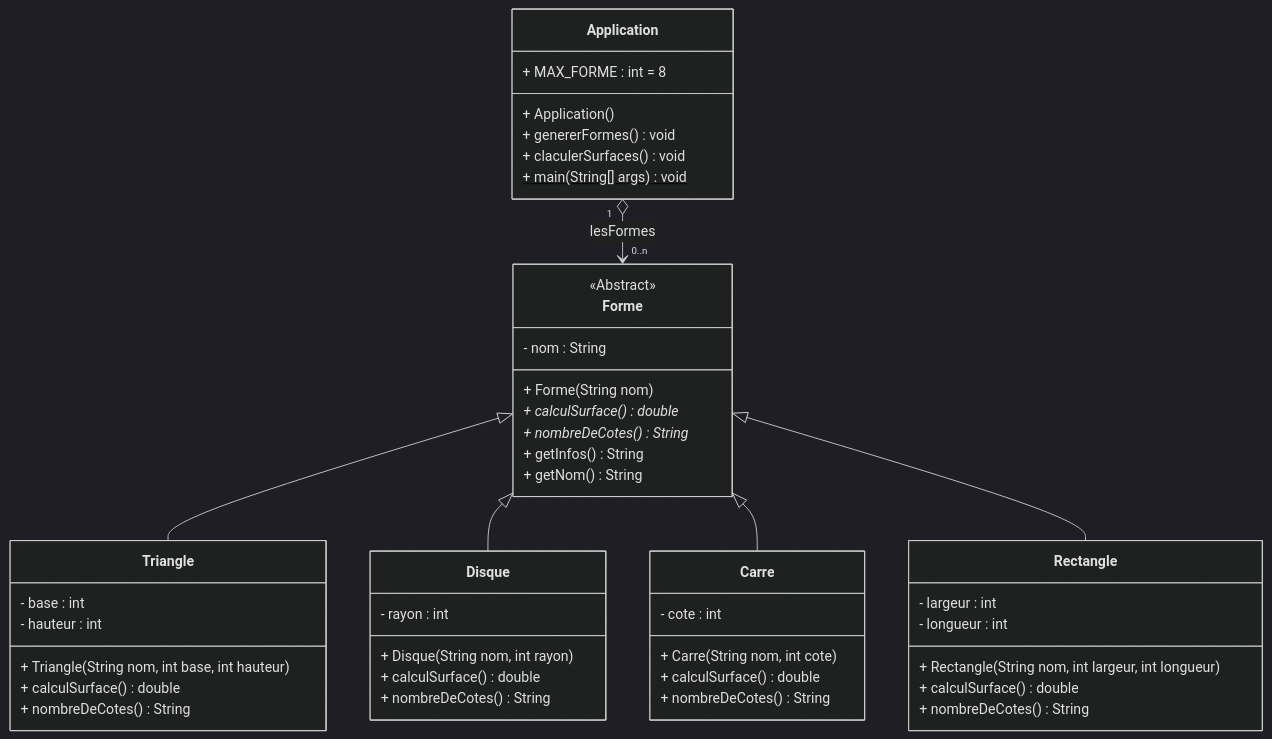
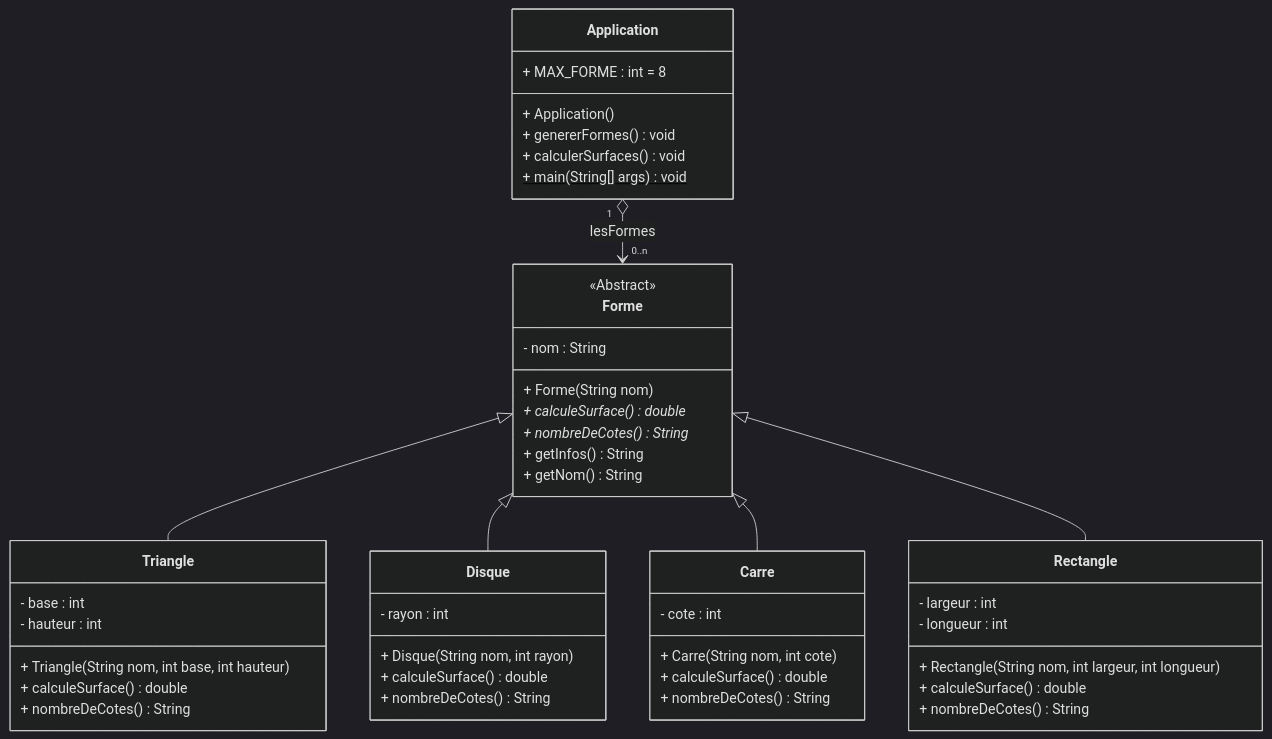
The second of 5 diagrams in README.md (emf-info-320/320_EX_05_FORMES_POO), drawn with Mermaid (dark theme) before and after one commit. The commit also changed other lines of this file, not shown here.

````diff
--- a/README.md
+++ b/README.md
@@ -165,53 +197,53 @@
 ```mermaid
 classDiagram
     Forme <|-- Triangle
     Forme <|-- Disque
     Forme <|-- Carre
     Forme <|-- Rectangle
     Application "1" o--> "0..n" Forme : lesFormes
     class Application{
         + MAX_FORME : int = 8
         + Application()
         + genererFormes() void
-        + claculerSurfaces() void
+        + calculerSurfaces() void
         + main(String[] args)$ void
     }
     class Forme{
         - nom : String
         + Forme(String nom) 
-        + calculSurface() double*
+        + calculeSurface() double*
         + nombreDeCotes() String*
         + getInfos() String
         + getNom() String
     }
     <<Abstract>> Forme
     class Triangle{
         - base : int
         - hauteur : int
         + Triangle(String nom, int base, int hauteur)
-        + calculSurface() double
+        + calculeSurface() double
         + nombreDeCotes() String
     }
 
     class Disque{
         - rayon : int
         + Disque(String nom, int rayon)
-        + calculSurface() double
+        + calculeSurface() double
         + nombreDeCotes() String
     }
 
     class Carre{
         - cote : int
         + Carre(String nom, int cote)
-        + calculSurface() double
+        + calculeSurface() double
         + nombreDeCotes() String
     }
 
     class Rectangle{
         - largeur : int
         - longueur : int
         + Rectangle(String nom, int largeur, int longueur)
-        + calculSurface() double
+        + calculeSurface() double
         + nombreDeCotes() String
     }
 ```
````
